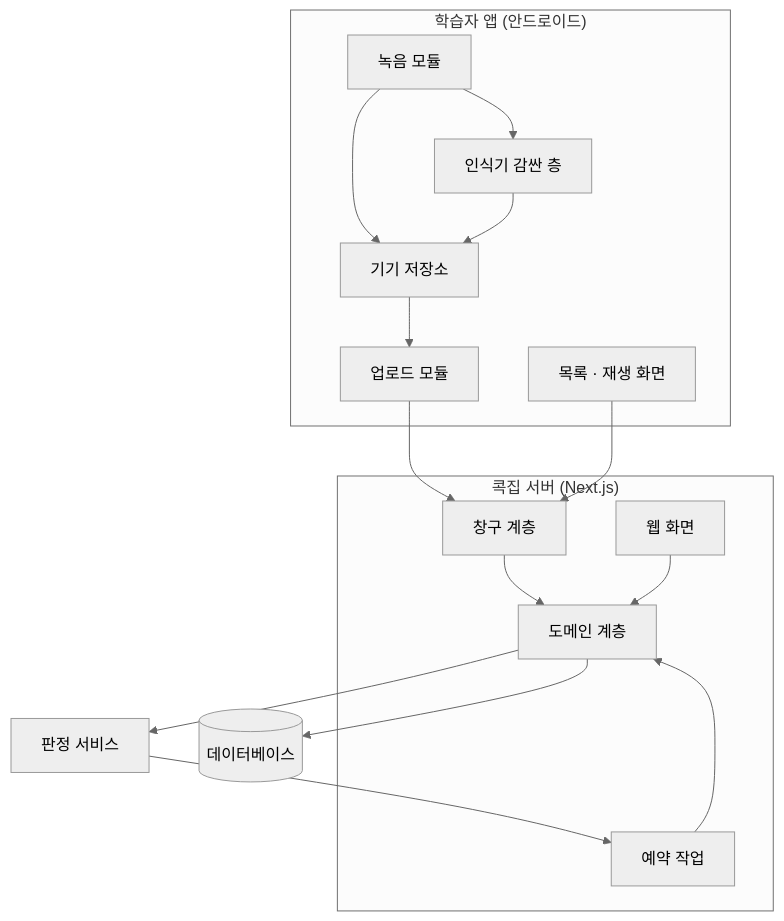
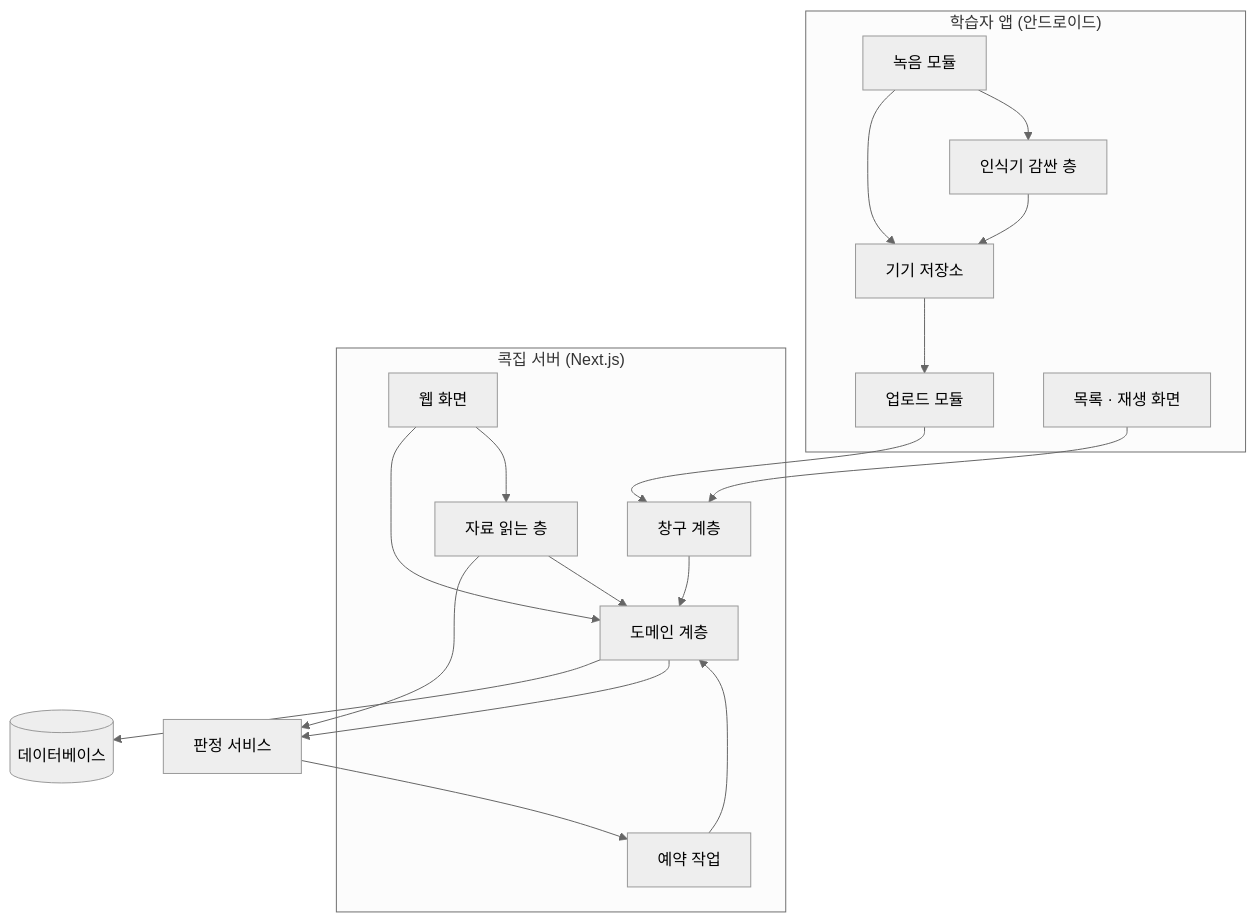
The first of 6 diagrams in docs/03-tds/tds.md (hayoungv/kokjip), drawn with Mermaid (neutral theme) before and after one commit. The commit also changed other lines of this file and 3 other files, not shown here.

````diff
--- a/docs/03-tds/tds.md
+++ b/docs/03-tds/tds.md
@@ -33,31 +35,35 @@
 ```mermaid
 flowchart TB
     subgraph 앱["학습자 앱 (안드로이드)"]
         녹음["녹음 모듈"]
         인식["인식기 감싼 층"]
         보관["기기 저장소"]
         전송["업로드 모듈"]
         화면앱["목록 · 재생 화면"]
     end
     subgraph 서버["콕집 서버 (Next.js)"]
         창구["창구 계층"]
         도메인["도메인 계층"]
         작업["예약 작업"]
+        자료["자료 읽는 층"]
         화면웹["웹 화면"]
     end
     디비[("데이터베이스")]
     판정["판정 서비스"]
 
     녹음 --> 보관
     녹음 --> 인식
     인식 --> 보관
     보관 --> 전송
     전송 --> 창구
     창구 --> 도메인
     도메인 --> 디비
     작업 --> 도메인
     도메인 --> 판정
     판정 --> 작업
     화면웹 --> 도메인
+    화면웹 --> 자료
+    자료 --> 판정
+    자료 --> 도메인
     화면앱 --> 창구
 ```
````
